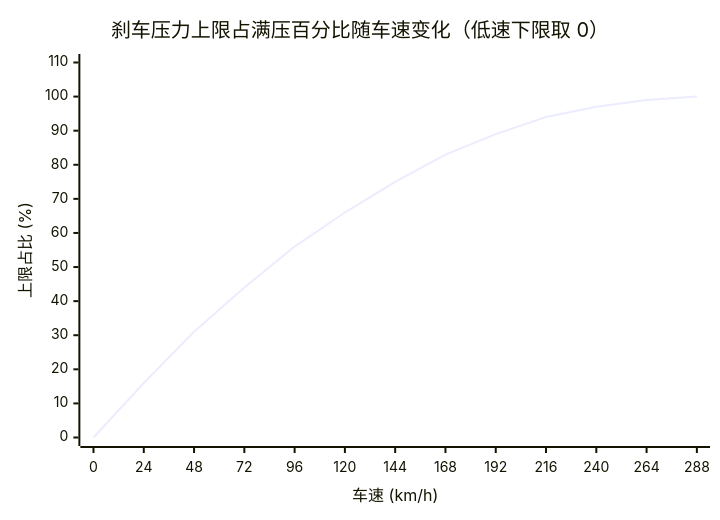
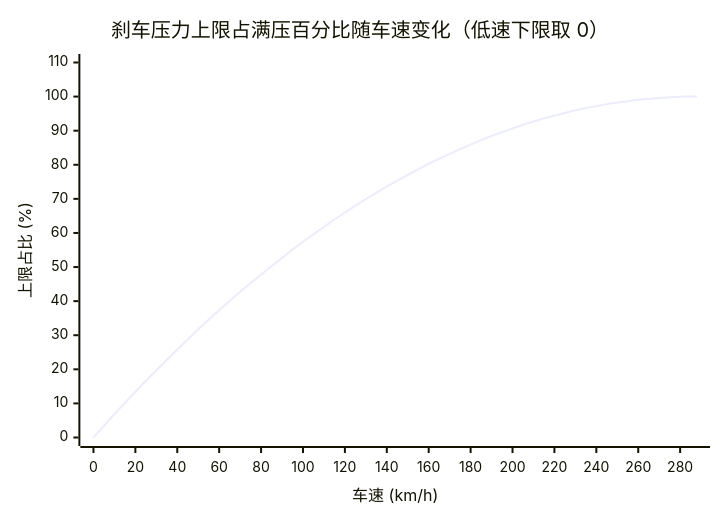
Diagram 14 of 15 in TECHNICAL_ANALYSIS.md (TakotsuboChen/ala-mobile-tool), drawn with Mermaid before and after one commit. The commit also changed other lines of this file, not shown here.

````diff
--- a/TECHNICAL_ANALYSIS.md
+++ b/TECHNICAL_ANALYSIS.md
@@ -515,7 +515,7 @@
 ```mermaid
 xychart-beta
     title "刹车压力上限占满压百分比随车速变化（低速下限取 0）"
-    x-axis "车速 (km/h)" [0, 24, 48, 72, 96, 120, 144, 168, 192, 216, 240, 264, 288]
+    x-axis "车速 (km/h)" 0 --> 288
     y-axis "上限占比 (%)" 0 --> 110
-    line [0, 16, 31, 44, 56, 66, 75, 83, 89, 94, 97, 99, 100]
+    line [0.0, 4.1, 8.2, 12.1, 16.0, 19.7, 23.4, 27.0, 30.6, 34.0, 37.3, 40.6, 43.8, 46.8, 49.8, 52.7, 55.6, 58.3, 60.9, 63.5, 66.0, 68.4, 70.7, 72.9, 75.0, 77.0, 79.0, 80.9, 82.6, 84.3, 85.9, 87.5, 88.9, 90.2, 91.5, 92.7, 93.8, 94.7, 95.7, 96.5, 97.2, 97.9, 98.4, 98.9, 99.3, 99.6, 99.8, 100.0, 100.0]
 ```
````
